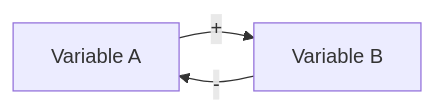
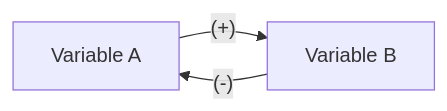
Before and after one commit to ardaasaroglu/reductionism-vs-systems-thinking: the second of 2 diagrams in skills/decide/references/card-template.md, drawn with Mermaid. The commit also changed 30 other files, not shown here.

Commit message:
v0.2.0: four more cases, hero image, evals, readable diagram signs

````diff
--- a/skills/decide/references/card-template.md
+++ b/skills/decide/references/card-template.md
@@ -32,5 +32,5 @@
 ```mermaid
 flowchart LR
-  A[Variable A] -->|+| B[Variable B]
-  B -->|-| A
+  A[Variable A] -->|"(+)"| B[Variable B]
+  B -->|"(-)"| A
 ```
````
